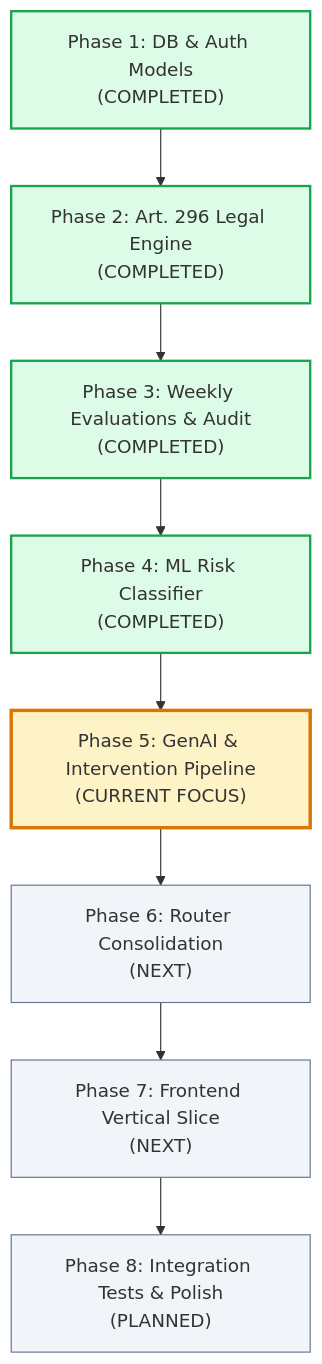
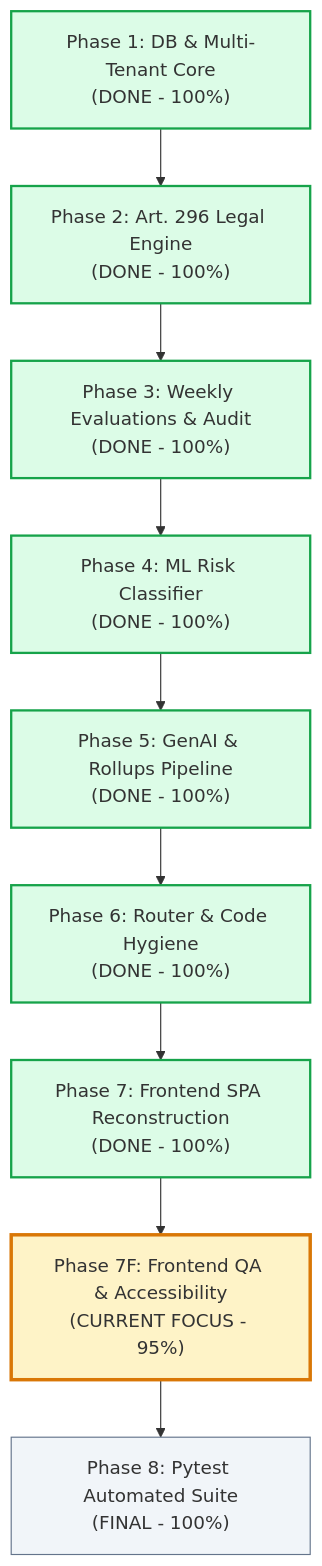
One commit to whyreii/performa changed the diagram in ROADMAP.md. Above: the diagram before and after it, drawn with Mermaid. The commit also changed other lines of this file, not shown here.

Commit message:
docs: update master roadmap with executive status and quickstart guide

````diff
--- a/ROADMAP.md
+++ b/ROADMAP.md
@@ -8,19 +79,21 @@
 ```mermaid
 flowchart TD
-    P1["Phase 1: DB & Auth Models<br/>(COMPLETED)"] --> P2["Phase 2: Art. 296 Legal Engine<br/>(COMPLETED)"]
-    P2 --> P3["Phase 3: Weekly Evaluations & Audit<br/>(COMPLETED)"]
-    P3 --> P4["Phase 4: ML Risk Classifier<br/>(COMPLETED)"]
-    P4 --> P5["Phase 5: GenAI & Intervention Pipeline<br/>(CURRENT FOCUS)"]
-    P5 --> P6["Phase 6: Router Consolidation<br/>(NEXT)"]
-    P6 --> P7["Phase 7: Frontend Vertical Slice<br/>(NEXT)"]
-    P7 --> P8["Phase 8: Integration Tests & Polish<br/>(PLANNED)"]
+    P1["Phase 1: DB & Multi-Tenant Core<br/>(DONE - 100%)"] --> P2["Phase 2: Art. 296 Legal Engine<br/>(DONE - 100%)"]
+    P2 --> P3["Phase 3: Weekly Evaluations & Audit<br/>(DONE - 100%)"]
+    P3 --> P4["Phase 4: ML Risk Classifier<br/>(DONE - 100%)"]
+    P4 --> P5["Phase 5: GenAI & Rollups Pipeline<br/>(DONE - 100%)"]
+    P5 --> P6["Phase 6: Router & Code Hygiene<br/>(DONE - 100%)"]
+    P6 --> P7["Phase 7: Frontend SPA Reconstruction<br/>(DONE - 100%)"]
+    P7 --> P7F["Phase 7F: Frontend QA & Accessibility<br/>(CURRENT FOCUS - 95%)"]
+    P7F --> P8["Phase 8: Pytest Automated Suite<br/>(FINAL - 100%)"]
 
     style P1 fill:#dcfce7,stroke:#16a34a,stroke-width:2px;
     style P2 fill:#dcfce7,stroke:#16a34a,stroke-width:2px;
     style P3 fill:#dcfce7,stroke:#16a34a,stroke-width:2px;
     style P4 fill:#dcfce7,stroke:#16a34a,stroke-width:2px;
-    style P5 fill:#fef3c7,stroke:#d97706,stroke-width:3px;
-    style P6 fill:#f1f5f9,stroke:#64748b,stroke-width:1px;
-    style P7 fill:#f1f5f9,stroke:#64748b,stroke-width:1px;
+    style P5 fill:#dcfce7,stroke:#16a34a,stroke-width:2px;
+    style P6 fill:#dcfce7,stroke:#16a34a,stroke-width:2px;
+    style P7 fill:#dcfce7,stroke:#16a34a,stroke-width:2px;
+    style P7F fill:#fef3c7,stroke:#d97706,stroke-width:3px;
     style P8 fill:#f1f5f9,stroke:#64748b,stroke-width:1px;
 ```
````
